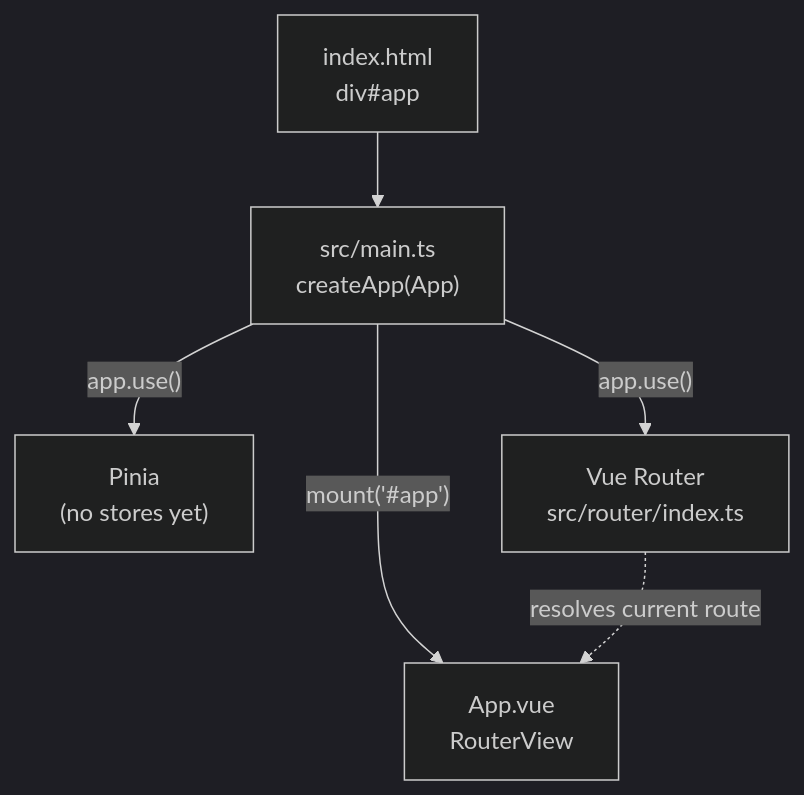
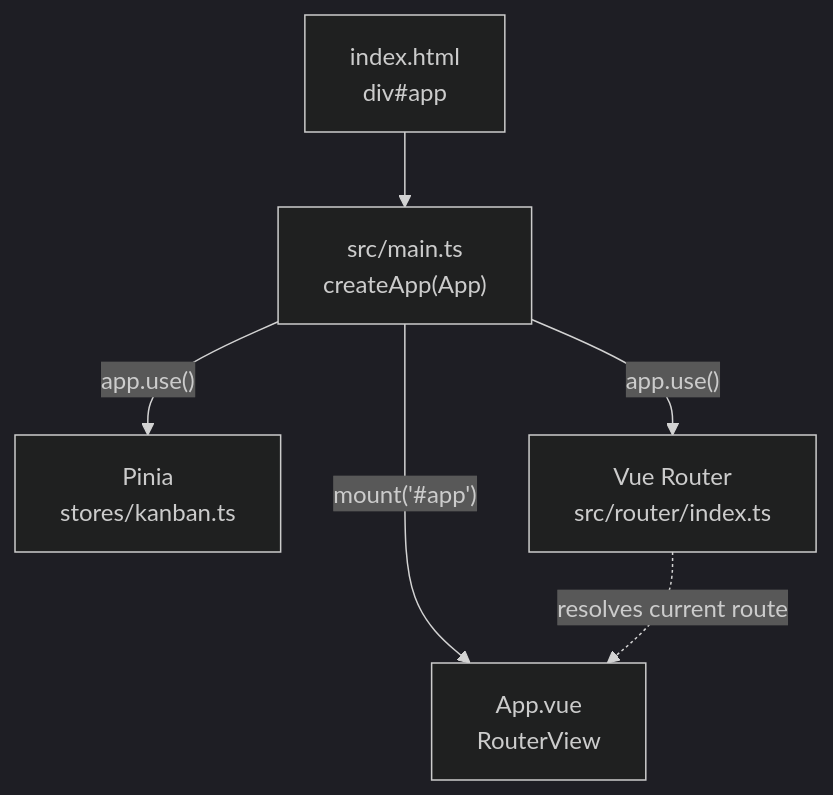
The first of 5 diagrams in docs/architecture.md (0quasarquantum0/Kanban_Vue), drawn with Mermaid (dark theme) before and after one commit. The commit also changed other lines of this file and 9 other files, not shown here.

````diff
--- a/docs/architecture.md
+++ b/docs/architecture.md
@@ -9,8 +9,8 @@
 ```mermaid
 flowchart TD
   html["index.html<br/>div#app"] --> main["src/main.ts<br/>createApp(App)"]
-  main -- "app.use()" --> pinia["Pinia<br/>(no stores yet)"]
+  main -- "app.use()" --> pinia["Pinia<br/>stores/kanban.ts"]
   main -- "app.use()" --> router["Vue Router<br/>src/router/index.ts"]
   main -- "mount('#app')" --> app["App.vue<br/>RouterView"]
   router -. "resolves current route" .-> app
 ```
````
